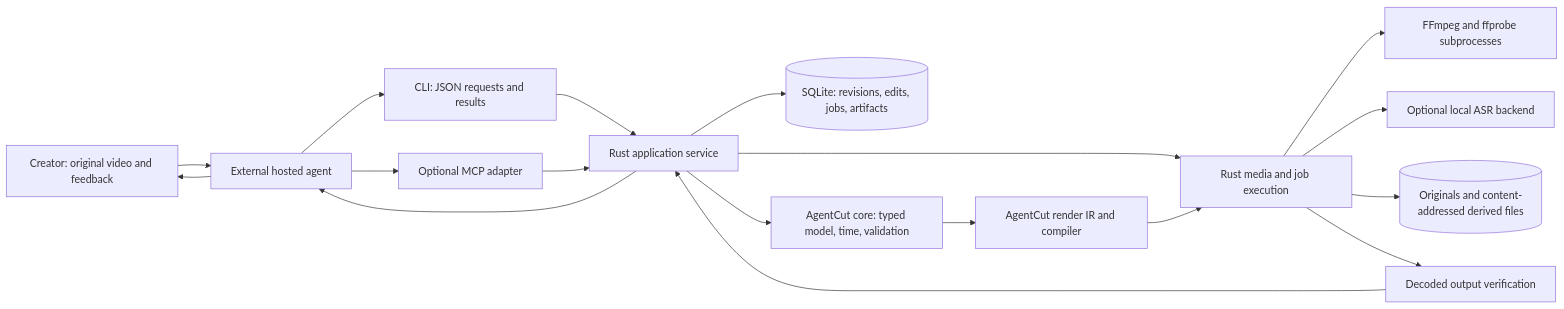
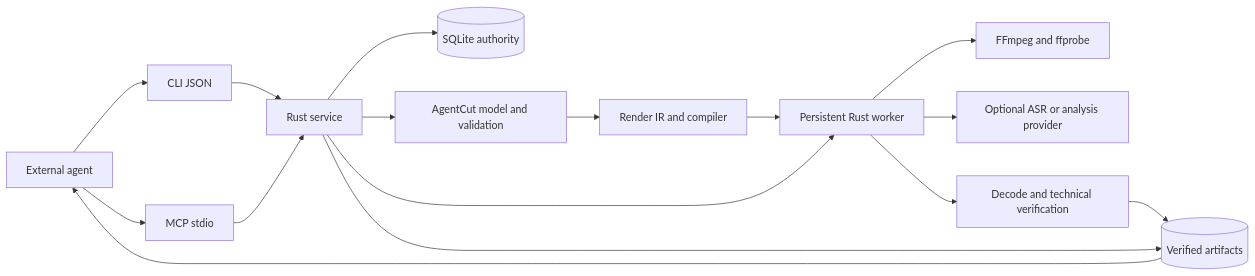
The diagram in docs/architecture.md (mingley/agent-video-workbench), drawn with Mermaid before and after one commit. The commit also changed other lines of this file and 13 other files, not shown here.

Commit message:
docs: align architecture and qualification with the 0.3.1 release

````diff
--- a/docs/architecture.md
+++ b/docs/architecture.md
@@ -11,20 +9,18 @@
 ```mermaid
 flowchart LR
-    U[Creator: original video and feedback] --> A[External hosted agent]
-    A --> C[CLI: JSON requests and results]
-    A --> M[Optional MCP adapter]
-    C --> S[Rust application service]
+    A[External agent] --> C[CLI JSON]
+    A --> M[MCP stdio]
+    C --> S[Rust service]
     M --> S
-    S --> D[(SQLite: revisions, edits, jobs, artifacts)]
-    S --> E[AgentCut core: typed model, time, validation]
-    S --> W[Rust media and job execution]
-    E --> R[AgentCut render IR and compiler]
-    R --> W
-    W --> F[FFmpeg and ffprobe subprocesses]
-    W --> T[Optional local ASR backend]
-    W --> B[(Originals and content-addressed derived files)]
-    W --> Q[Decoded output verification]
-    Q --> S
-    S --> A
-    A --> U
+    S --> D[(SQLite authority)]
+    S --> E[AgentCut model and validation]
+    E --> R[Render IR and compiler]
+    R --> W[Persistent Rust worker]
+    S --> W
+    W --> F[FFmpeg and ffprobe]
+    W --> P[Optional ASR or analysis provider]
+    W --> Q[Decode and technical verification]
+    Q --> B[(Verified artifacts)]
+    S --> B
+    B --> A
 ```
````
